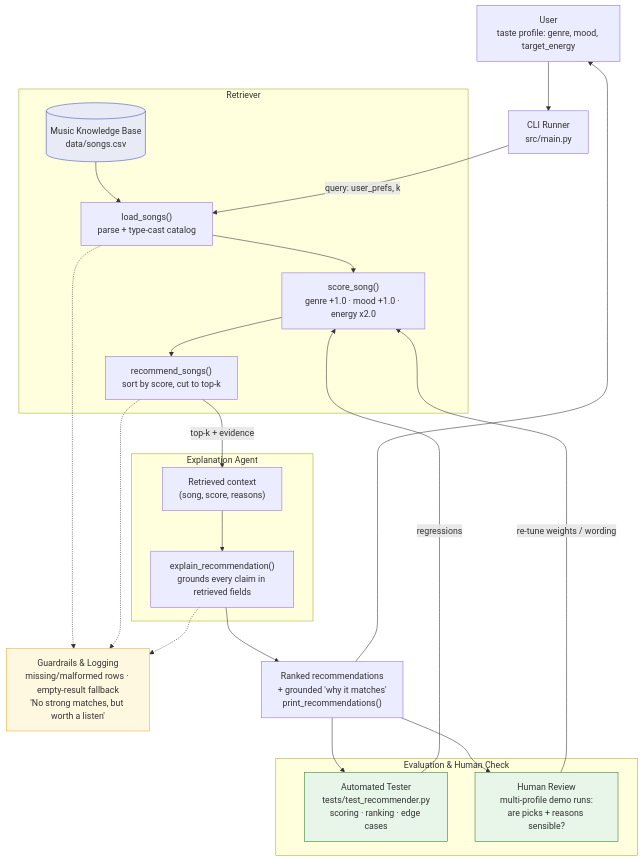
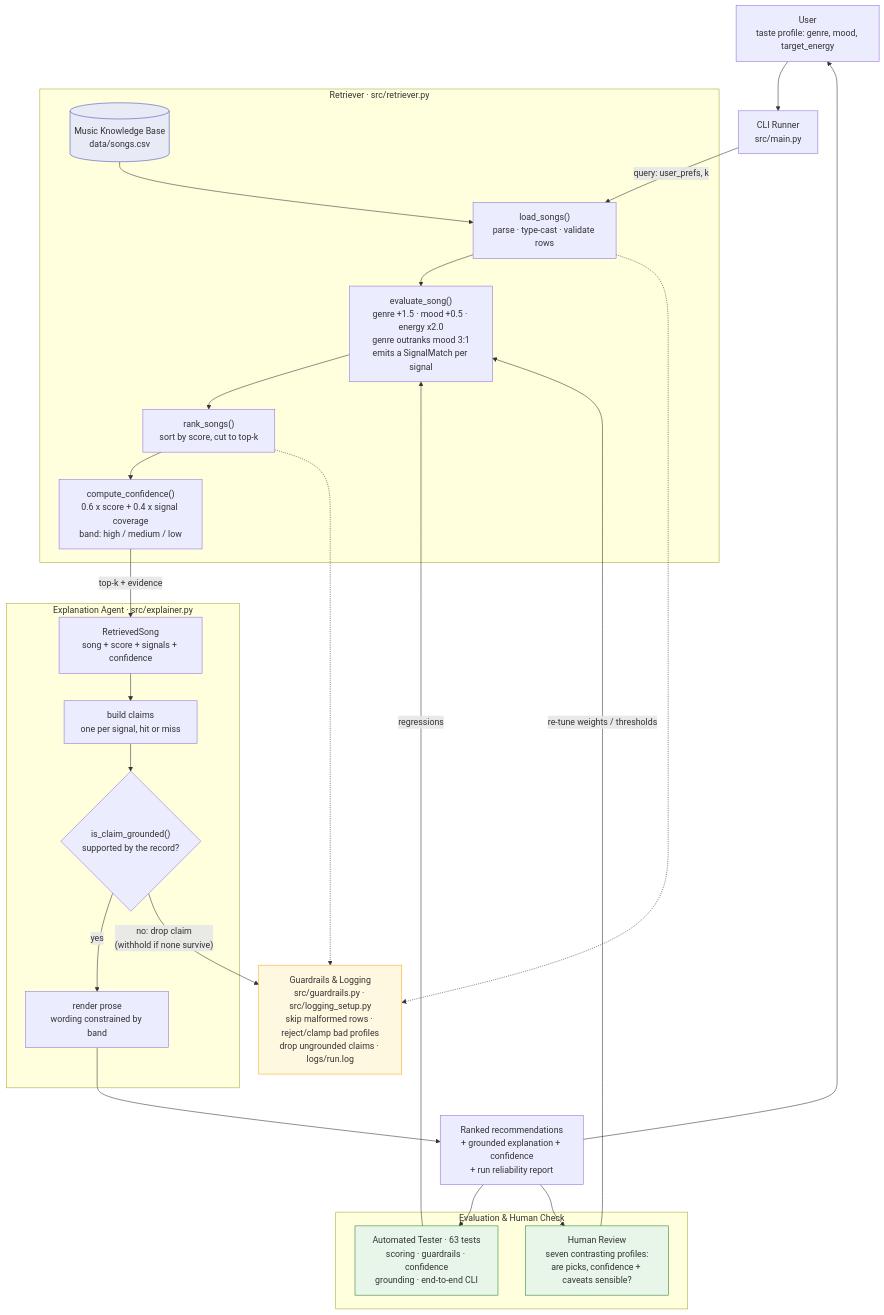
Before and after one commit to jeff-sp/applied-ai-system-final: the diagram in diagrams/architecture.mmd, drawn with Mermaid. The commit also changed 4 other files, not shown here.

First line of the commit message:
Update docs and diagrams to match the shipped system

```diff
--- a/diagrams/architecture.mmd
+++ b/diagrams/architecture.mmd
@@ -1,53 +1,57 @@
 flowchart TD
 
     %% ---------- INPUT ----------
     U["User<br/>taste profile: genre, mood, target_energy"]
     CLI["CLI Runner<br/>src/main.py"]
     U --> CLI
 
     %% ---------- RETRIEVAL (the R in RAG) ----------
-    subgraph RET["Retriever"]
+    subgraph RET["Retriever · src/retriever.py"]
         KB[("Music Knowledge Base<br/>data/songs.csv")]
-        LOAD["load_songs()<br/>parse + type-cast catalog"]
-        SCORE["score_song()<br/>genre +1.0 · mood +1.0 · energy x2.0"]
-        RANK["recommend_songs()<br/>sort by score, cut to top-k"]
-        KB --> LOAD --> SCORE --> RANK
+        LOAD["load_songs()<br/>parse · type-cast · validate rows"]
+        EVAL["evaluate_song()<br/>genre +1.5 · mood +0.5 · energy x2.0<br/>genre outranks mood 3:1<br/>emits a SignalMatch per signal"]
+        RANK["rank_songs()<br/>sort by score, cut to top-k"]
+        CONF["compute_confidence()<br/>0.6 x score + 0.4 x signal coverage<br/>band: high / medium / low"]
+        KB --> LOAD --> EVAL --> RANK --> CONF
     end
     CLI -- "query: user_prefs, k" --> LOAD
 
     %% ---------- AUGMENTED GENERATION ----------
-    subgraph GEN["Explanation Agent"]
-        CTX["Retrieved context<br/>(song, score, reasons)"]
-        EXPL["explain_recommendation()<br/>grounds every claim in retrieved fields"]
-        CTX --> EXPL
+    subgraph GEN["Explanation Agent · src/explainer.py"]
+        CTX["RetrievedSong<br/>song + score + signals + confidence"]
+        CLAIM["build claims<br/>one per signal, hit or miss"]
+        CHECK{"is_claim_grounded()<br/>supported by the record?"}
+        PROSE["render prose<br/>wording constrained by band"]
+        CTX --> CLAIM --> CHECK
+        CHECK -- "yes" --> PROSE
     end
-    RANK -- "top-k + evidence" --> CTX
+    CONF -- "top-k + evidence" --> CTX
 
     %% ---------- GUARDRAILS ----------
-    GUARD["Guardrails & Logging<br/>missing/malformed rows · empty-result fallback<br/>'No strong matches, but worth a listen'"]
+    GUARD["Guardrails & Logging<br/>src/guardrails.py · src/logging_setup.py<br/>skip malformed rows · reject/clamp bad profiles<br/>drop ungrounded claims · logs/run.log"]
     LOAD -.-> GUARD
     RANK -.-> GUARD
-    EXPL -.-> GUARD
+    CHECK -- "no: drop claim<br/>(withhold if none survive)" --> GUARD
 
     %% ---------- OUTPUT ----------
-    OUT["Ranked recommendations<br/>+ grounded 'why it matches'<br/>print_recommendations()"]
-    EXPL --> OUT
+    OUT["Ranked recommendations<br/>+ grounded explanation + confidence<br/>+ run reliability report"]
+    PROSE --> OUT
     OUT --> U
 
     %% ---------- VERIFICATION ----------
-    subgraph EVAL["Evaluation & Human Check"]
-        TEST["Automated Tester<br/>tests/test_recommender.py<br/>scoring · ranking · edge cases"]
-        HUMAN["Human Review<br/>multi-profile demo runs:<br/>are picks + reasons sensible?"]
+    subgraph EVALS["Evaluation & Human Check"]
+        TEST["Automated Tester · 63 tests<br/>scoring · guardrails · confidence<br/>grounding · end-to-end CLI"]
+        HUMAN["Human Review<br/>seven contrasting profiles:<br/>are picks, confidence + caveats sensible?"]
     end
     OUT --> TEST
     OUT --> HUMAN
-    TEST -- "regressions" --> SCORE
-    HUMAN -- "re-tune weights / wording" --> SCORE
+    TEST -- "regressions" --> EVAL
+    HUMAN -- "re-tune weights / thresholds" --> EVAL
 
     %% ---------- STYLES ----------
     classDef store fill:#e8eaf6,stroke:#3f51b5
     classDef check fill:#e8f5e9,stroke:#2e7d32
     classDef guard fill:#fff8e1,stroke:#f9a825
     class KB store
     class TEST,HUMAN check
     class GUARD guard
```
